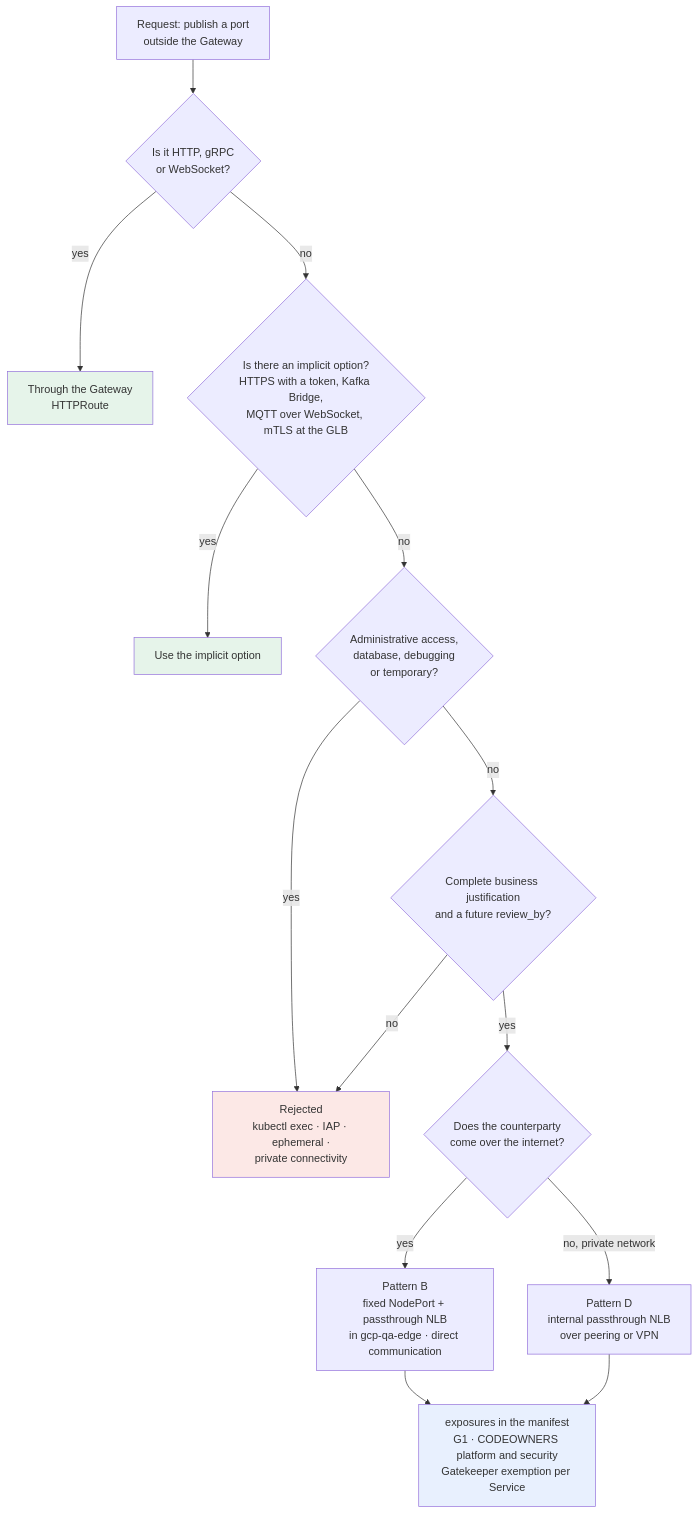
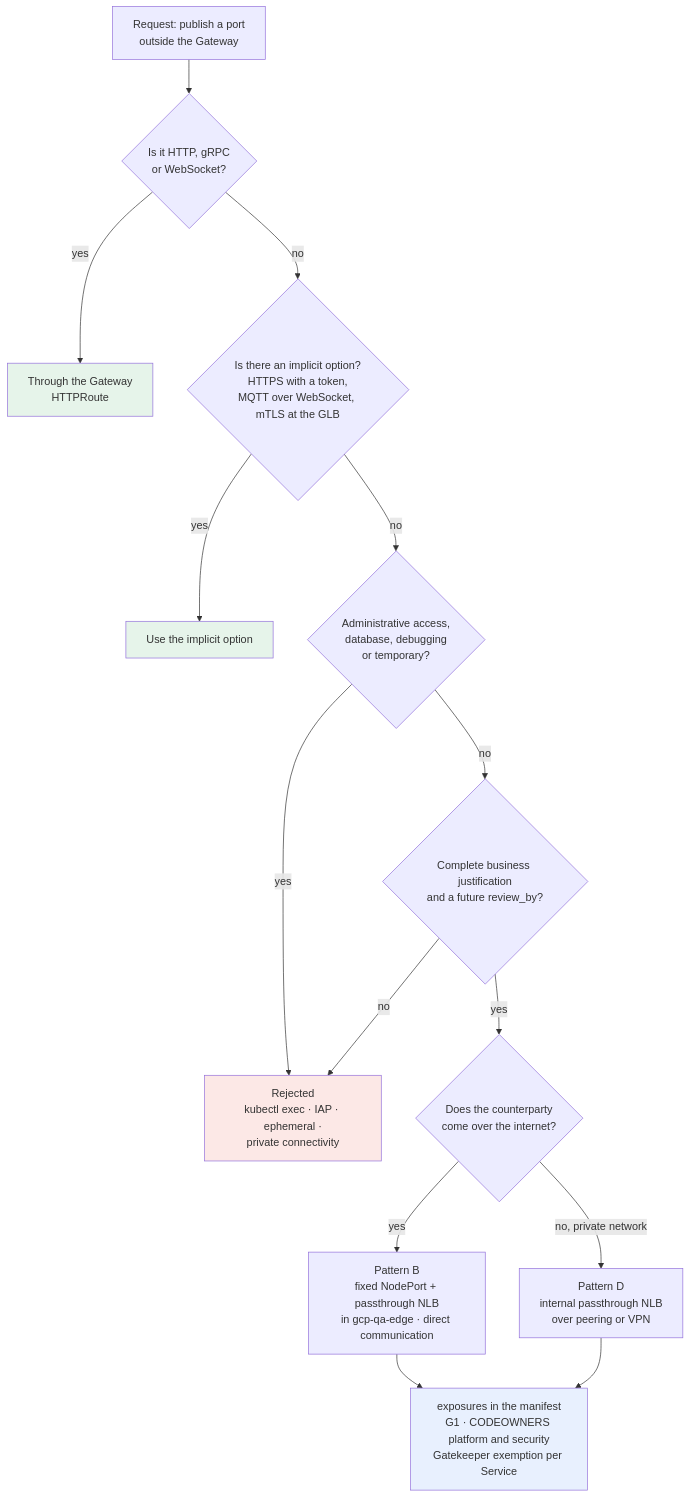
Before and after one commit to aescanero/proposal_documents: the diagram in docs/en/proposals/envoy-gateway-qa/diagrams/07-excepciones.mmd, drawn with Mermaid. The commit also changed 30 other files, not shown here.

```diff
--- a/docs/en/proposals/envoy-gateway-qa/diagrams/07-excepciones.mmd
+++ b/docs/en/proposals/envoy-gateway-qa/diagrams/07-excepciones.mmd
@@ -1,32 +1,32 @@
 flowchart TB
     S["Request: publish a port<br/>outside the Gateway"]
     Q1{"Is it HTTP, gRPC<br/>or WebSocket?"}
-    Q2{"Is there an implicit option?<br/>HTTPS with a token, Kafka Bridge,<br/>MQTT over WebSocket, mTLS at the GLB"}
+    Q2{"Is there an implicit option?<br/>HTTPS with a token,<br/>MQTT over WebSocket, mTLS at the GLB"}
     Q3{"Administrative access,<br/>database, debugging<br/>or temporary?"}
     Q4{"Complete business justification<br/>and a future review_by?"}
     Q5{"Does the counterparty<br/>come over the internet?"}
     GW["Through the Gateway<br/>HTTPRoute"]
     ALT["Use the implicit option"]
     NO["Rejected<br/>kubectl exec · IAP · ephemeral ·<br/>private connectivity"]
     B["Pattern B<br/>fixed NodePort + passthrough NLB<br/>in gcp-qa-edge · direct communication"]
     C["Pattern D<br/>internal passthrough NLB<br/>over peering or VPN"]
     CTL["exposures in the manifest<br/>G1 · CODEOWNERS platform and security<br/>Gatekeeper exemption per Service"]
 
     S --> Q1
     Q1 -->|yes| GW
     Q1 -->|no| Q2
     Q2 -->|yes| ALT
     Q2 -->|no| Q3
     Q3 -->|yes| NO
     Q3 -->|no| Q4
     Q4 -->|no| NO
     Q4 -->|yes| Q5
     Q5 -->|yes| B
     Q5 -->|no, private network| C
     B --> CTL
     C --> CTL
 
     style NO fill:#fce8e6
     style GW fill:#e6f4ea
     style ALT fill:#e6f4ea
     style CTL fill:#e8f0fe
```
